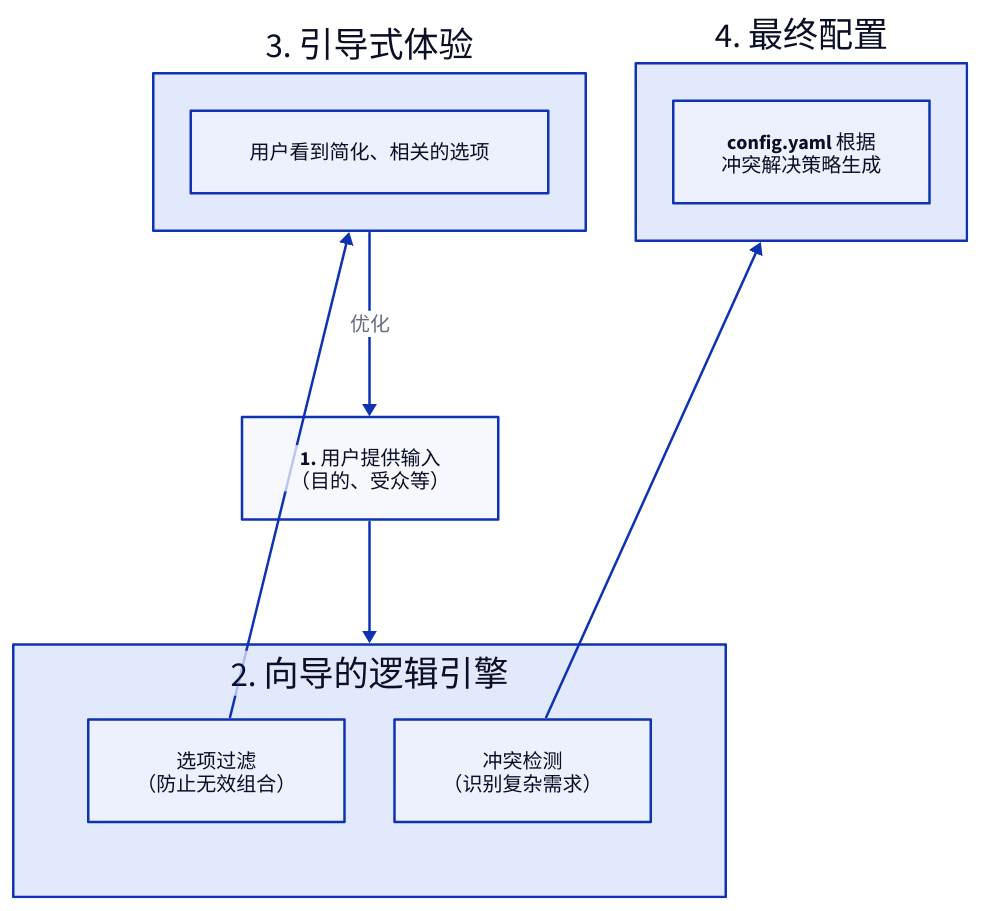
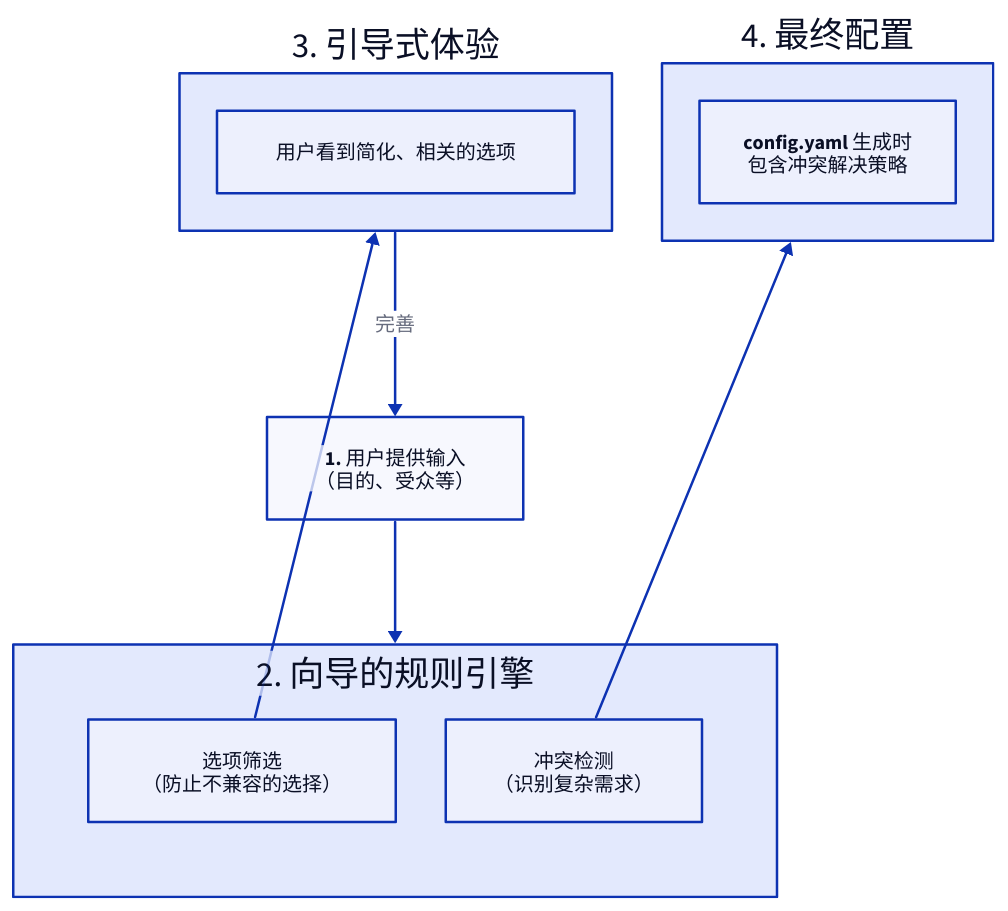
The diagram in docs/configuration-interactive-setup.zh.md (AIGNE-io/aigne-doc-smith), drawn with D2 before and after one commit. The commit also changed other lines of this file and 27 other files, not shown here.

````diff
--- a/docs/configuration-interactive-setup.zh.md
+++ b/docs/configuration-interactive-setup.zh.md
@@ -32,38 +32,38 @@
 ```d2
 direction: down
 
 User-Selections: {
   label: "1. 用户提供输入\n（目的、受众等）"
   shape: rectangle
 }
 
 Wizard-Engine: {
-  label: "2. 向导的逻辑引擎"
+  label: "2. 向导的规则引擎"
   shape: rectangle
   grid-columns: 2
 
   Filtering: {
-    label: "选项过滤\n（防止无效组合）"
+    label: "选项筛选\n（防止不兼容的选择）"
   }
 
   Conflict-Detection: {
     label: "冲突检测\n（识别复杂需求）"
   }
 }
 
 Guided-Experience: {
   label: "3. 引导式体验"
   shape: rectangle
   content: "用户看到简化、相关的选项"
 }
 
 Final-Config: {
   label: "4. 最终配置"
-  content: "config.yaml 根据\n冲突解决策略生成"
+  content: "config.yaml 生成时\n包含冲突解决策略"
 }
 
 User-Selections -> Wizard-Engine
 Wizard-Engine.Filtering -> Guided-Experience
 Wizard-Engine.Conflict-Detection -> Final-Config
-Guided-Experience -> User-Selections: "优化"
+Guided-Experience -> User-Selections: "完善"
 ```
````
